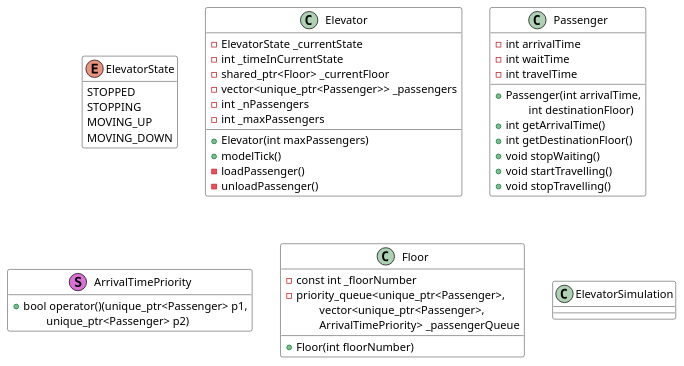
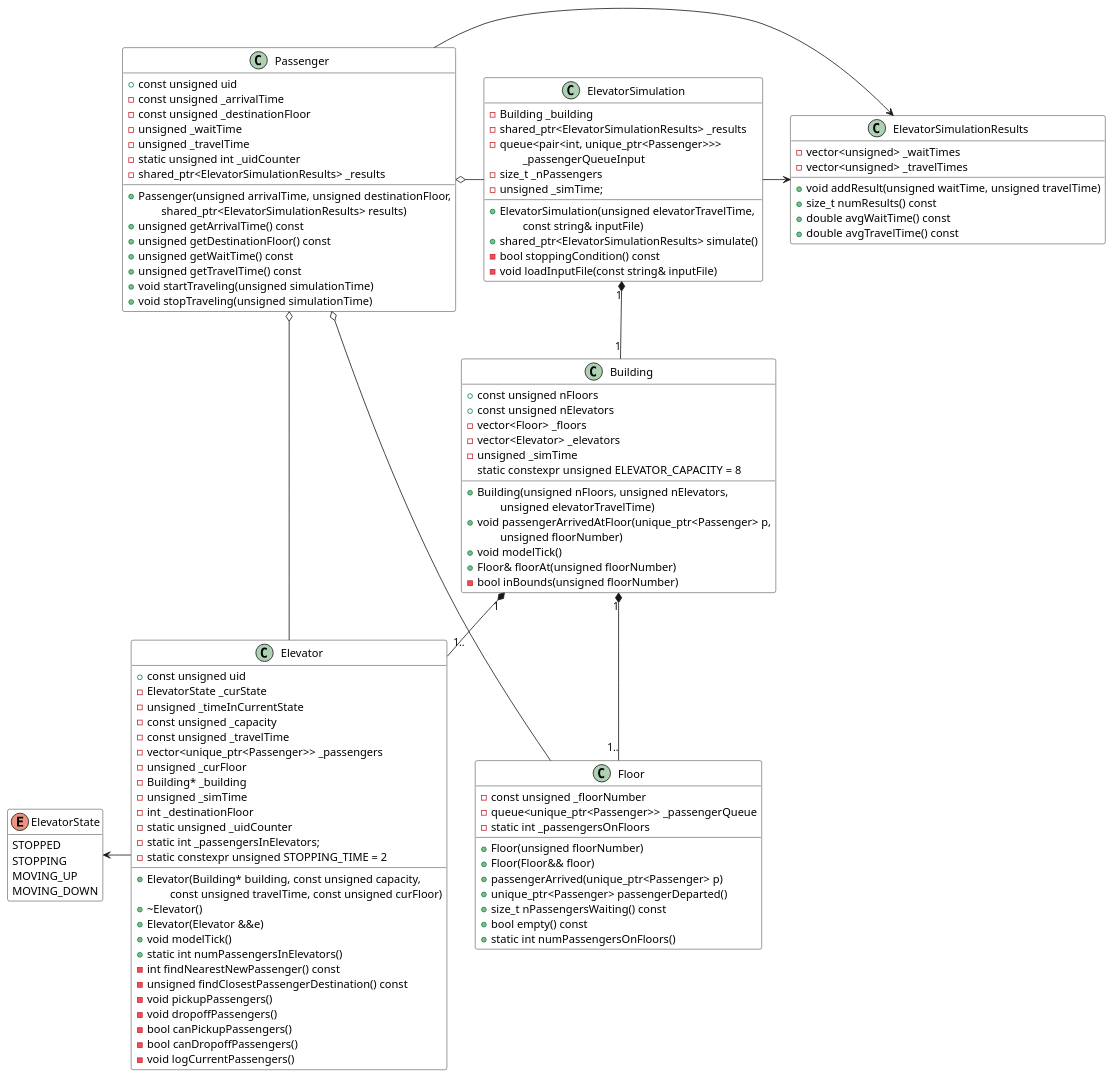
Before and after one commit to abznt/Assignment10: the diagram in docs/ClassDiagram.puml, drawn with PlantUML. The commit also changed 19 other files, not shown here.

```diff
--- a/docs/ClassDiagram.puml
+++ b/docs/ClassDiagram.puml
@@ -1,61 +1,123 @@
 @startuml
 
 skinparam ClassBorderColor black
 skinparam ClassBackgroundColor white
 
 enum ElevatorState {
     STOPPED
     STOPPING
     MOVING_UP
     MOVING_DOWN
 }
 hide ElevatorState methods
 
+class Building {
+    +const unsigned nFloors
+    +const unsigned nElevators
+    -vector<Floor> _floors
+    -vector<Elevator> _elevators
+    -unsigned _simTime
+    static constexpr unsigned ELEVATOR_CAPACITY = 8
+    +Building(unsigned nFloors, unsigned nElevators,
+        \tunsigned elevatorTravelTime)
+    +void passengerArrivedAtFloor(unique_ptr<Passenger> p,
+        \tunsigned floorNumber)
+    +void modelTick()
+    +Floor& floorAt(unsigned floorNumber)
+    -bool inBounds(unsigned floorNumber)
+}
+
 class Elevator {
-    -ElevatorState _currentState
-    -int _timeInCurrentState
-    -shared_ptr<Floor> _currentFloor
+    +const unsigned uid
+    -ElevatorState _curState
+    -unsigned _timeInCurrentState
+    -const unsigned _capacity
+    -const unsigned _travelTime
     -vector<unique_ptr<Passenger>> _passengers
-    -int _nPassengers
-    -int _maxPassengers
-    +Elevator(int maxPassengers)
-    +modelTick()
-    -loadPassenger()
-    -unloadPassenger()
+    -unsigned _curFloor
+    -Building* _building
+    -unsigned _simTime
+    -int _destinationFloor
+    -static unsigned _uidCounter
+    -static int _passengersInElevators;
+    -static constexpr unsigned STOPPING_TIME = 2
+    +Elevator(Building* building, const unsigned capacity,
+        \tconst unsigned travelTime, const unsigned curFloor)
+    +~Elevator()
+    +Elevator(Elevator &&e)
+    +void modelTick()
+    +static int numPassengersInElevators()
+    -int findNearestNewPassenger() const
+    -unsigned findClosestPassengerDestination() const
+    -void pickupPassengers()
+    -void dropoffPassengers()
+    -bool canPickupPassengers()
+    -bool canDropoffPassengers()
+    -void logCurrentPassengers()
 }
 
 class Passenger {
-    -int arrivalTime
-    -int waitTime
-    -int travelTime
-    +Passenger(int arrivalTime,
-        \tint destinationFloor)
-    +int getArrivalTime()
-    +int getDestinationFloor()
-    +void stopWaiting()
-    +void startTravelling()
-    +void stopTravelling()
+    +const unsigned uid
+    -const unsigned _arrivalTime
+    -const unsigned _destinationFloor
+    -unsigned _waitTime
+    -unsigned _travelTime
+    -static unsigned int _uidCounter
+    -shared_ptr<ElevatorSimulationResults> _results
+    +Passenger(unsigned arrivalTime, unsigned destinationFloor,
+        \tshared_ptr<ElevatorSimulationResults> results)
+    +unsigned getArrivalTime() const
+    +unsigned getDestinationFloor() const
+    +unsigned getWaitTime() const
+    +unsigned getTravelTime() const
+    +void startTraveling(unsigned simulationTime)
+    +void stopTraveling(unsigned simulationTime)
 }
 
-class ArrivalTimePriority <<S, orchid>> {
-    +bool operator()(unique_ptr<Passenger> p1,
-        \tunique_ptr<Passenger> p2)
-}
-hide ArrivalTimePriority attributes
-
 class Floor {
-    -const int _floorNumber
-    -priority_queue<unique_ptr<Passenger>,
-        \tvector<unique_ptr<Passenger>,
-        \tArrivalTimePriority> _passengerQueue
-    +Floor(int floorNumber)
-
+    -const unsigned _floorNumber
+    -queue<unique_ptr<Passenger>> _passengerQueue
+    -static int _passengersOnFloors
+    +Floor(unsigned floorNumber)
+    +Floor(Floor&& floor)
+    +passengerArrived(unique_ptr<Passenger> p)
+    +unique_ptr<Passenger> passengerDeparted()
+    +size_t nPassengersWaiting() const
+    +bool empty() const
+    +static int numPassengersOnFloors()
 }
 
 class ElevatorSimulation {
-
+    -Building _building
+    -shared_ptr<ElevatorSimulationResults> _results
+    -queue<pair<int, unique_ptr<Passenger>>>
+        \t_passengerQueueInput
+    -size_t _nPassengers
+    -unsigned _simTime;
+    +ElevatorSimulation(unsigned elevatorTravelTime,
+        \tconst string& inputFile)
+    +shared_ptr<ElevatorSimulationResults> simulate()
+    -bool stoppingCondition() const
+    -void loadInputFile(const string& inputFile)
 }
 
+class ElevatorSimulationResults {
+    -vector<unsigned> _waitTimes
+    -vector<unsigned> _travelTimes
+    +void addResult(unsigned waitTime, unsigned travelTime)
+    +size_t numResults() const
+    +double avgWaitTime() const
+    +double avgTravelTime() const
+}
 
+ElevatorSimulation "1" *-- "1" Building
+Building "1" *-- "1.." Elevator
+Building "1" *-- "1.." Floor
+Passenger o- Elevator
+Passenger o- Floor
+Passenger o- ElevatorSimulation
+ElevatorState <- Elevator
+ElevatorSimulation -> ElevatorSimulationResults
+Passenger -> ElevatorSimulationResults
 
 @enduml
```
